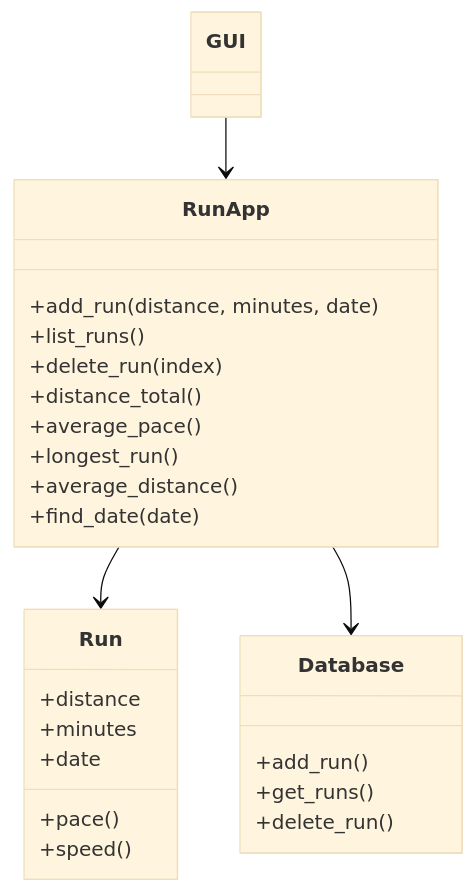
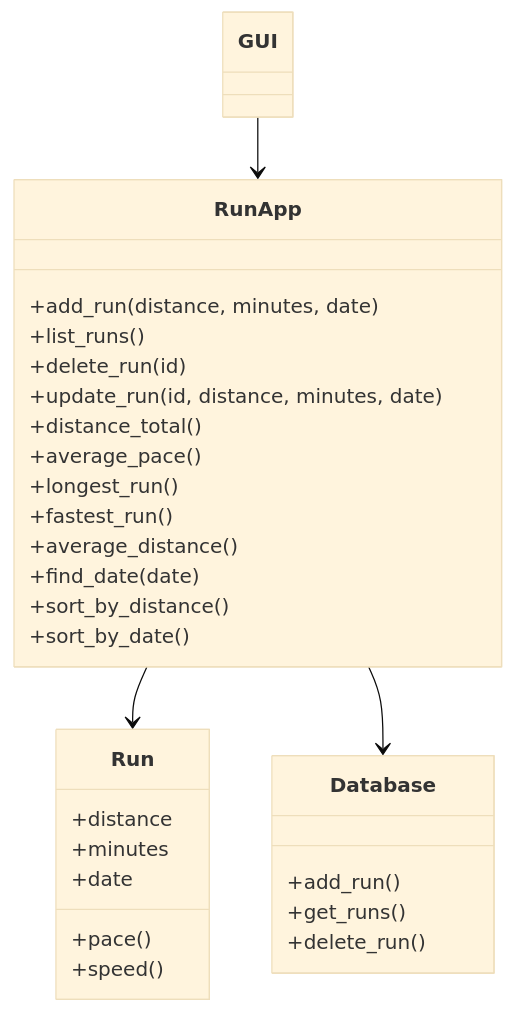
The first of 3 diagrams in dokumentaatio/arkkitehtuuri.md (AnnaKivekass/ot-harjoitustyo), drawn with Mermaid (base theme) before and after one commit. The commit also changed other lines of this file and 3 other files, not shown here.

````diff
--- a/dokumentaatio/arkkitehtuuri.md
+++ b/dokumentaatio/arkkitehtuuri.md
@@ -3,36 +3,40 @@
 ```mermaid
 classDiagram
 
 class GUI {
 }
 
 
 class RunApp {
     +add_run(distance, minutes, date)
     +list_runs()
-    +delete_run(index)
+    +delete_run(id)
+    +update_run(id, distance, minutes, date)
     +distance_total()
     +average_pace()
     +longest_run()
+    +fastest_run()
     +average_distance()
     +find_date(date)
+    +sort_by_distance()
+    +sort_by_date()
 }
 
 class Run {
     +distance
     +minutes
     +date
     +pace()
     +speed()
 }
 
 class Database {
     +add_run()
     +get_runs()
     +delete_run()
 }
 
 GUI --> RunApp
 RunApp --> Run
 RunApp --> Database
 ```
````
